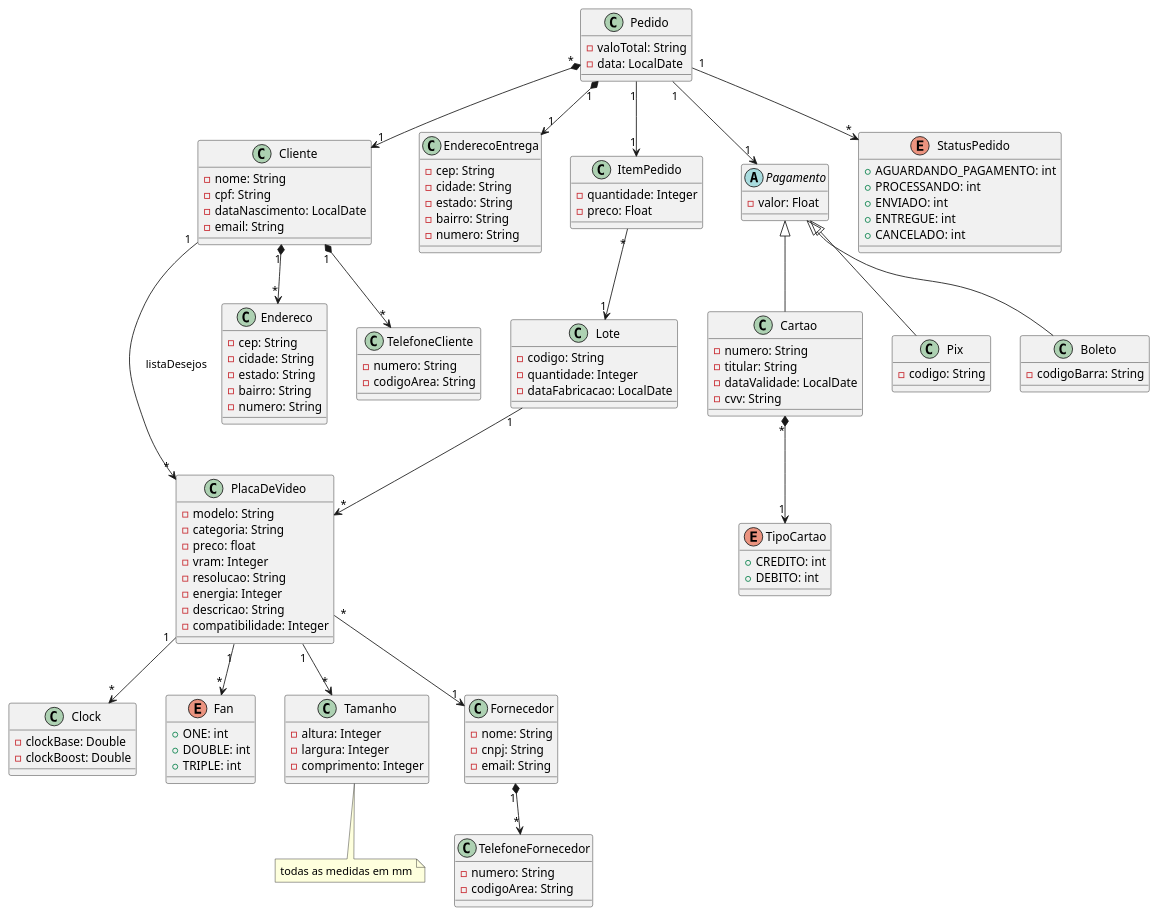
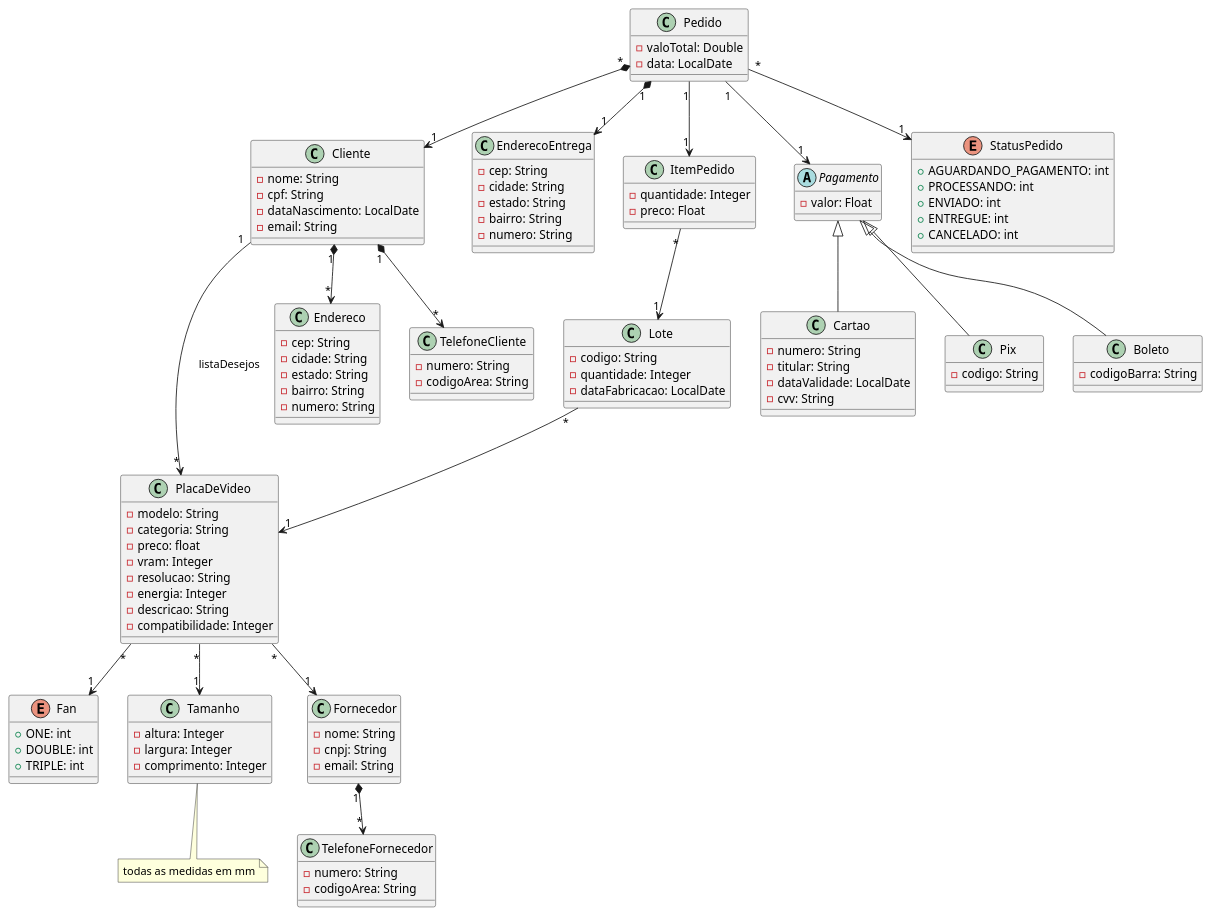
The diagram in placadevideo-tp1-quarkus/src/main/resources/PlacaDeVideo.plantuml (aleksoncastro/placadevideo-tp1-quarkus), drawn with PlantUML before and after one commit. The commit also changed 20 other files, not shown here.

Commit message:
Enuns e Autenticação, Att PlacaDeVideo

```diff
--- a/placadevideo-tp1-quarkus/src/main/resources/PlacaDeVideo.plantuml
+++ b/placadevideo-tp1-quarkus/src/main/resources/PlacaDeVideo.plantuml
@@ -1,148 +1,133 @@
-@startuml
-
 class PlacaDeVideo{
     - modelo: String
     - categoria: String
     - preco: float
     - vram: Integer
     - resolucao: String
     - energia: Integer
     - descricao: String
     - compatibilidade: Integer
-}
-
-class Clock{
-    - clockBase: Double
-    - clockBoost: Double
 }
 
 enum Fan{
     + ONE: int
     + DOUBLE: int 
     + TRIPLE: int
 }
 
 class Tamanho{
     - altura: Integer
     - largura: Integer
     - comprimento: Integer
 }
 
 class Fornecedor{
     - nome: String
     - cnpj: String
     - email: String
 }
 
 class Cliente{
     - nome: String
     - cpf: String
     - dataNascimento: LocalDate
     - email: String 
 }
 
 class Endereco{
     - cep: String
     - cidade: String
     - estado: String
     - bairro: String
     - numero: String
 }
 
 class EnderecoEntrega{
     - cep: String
     - cidade: String
     - estado: String
     - bairro: String
     - numero: String
 }
 
 class Lote {
     - codigo: String
     - quantidade: Integer
     - dataFabricacao: LocalDate
 }
 
 class ItemPedido{
     - quantidade: Integer
     - preco: Float
 }
 
 class Pedido{
-    - valoTotal: String
+    - valoTotal: Double
     - data: LocalDate
 }
 
 class Cartao extends Pagamento {
     - numero: String
     - titular: String
     - dataValidade: LocalDate
     - cvv: String
 }
 
 class Pix extends Pagamento {
     - codigo: String
 }
 
 class Boleto extends Pagamento {
     - codigoBarra: String
-}
-
-enum TipoCartao {
-    + CREDITO: int
-    + DEBITO: int
 }
 
 abstract class Pagamento{
     - valor: Float
 }
 
 enum StatusPedido{
     + AGUARDANDO_PAGAMENTO: int
     + PROCESSANDO: int
     + ENVIADO: int
     + ENTREGUE: int
     + CANCELADO: int 
 }
 
 class TelefoneCliente{
     - numero: String
     - codigoArea: String
 }
 
 class TelefoneFornecedor{
     - numero: String 
     - codigoArea: String
 }
 
 ' RELACIONAMENTOS
 PlacaDeVideo "*" --> "1" Fornecedor
-PlacaDeVideo "1" --> "*" Tamanho
-PlacaDeVideo "1" --> "*" Fan
-PlacaDeVideo "1" --> "*" Clock
+PlacaDeVideo "*" --> "1" Tamanho
+PlacaDeVideo "*" --> "1" Fan
 
-Lote "1" --> "*" PlacaDeVideo 
+Lote "*" --> "1" PlacaDeVideo 
 
 Fornecedor "1" *--> "*" TelefoneFornecedor
 
 ItemPedido "*" --> "1" Lote
 
 Cliente "1" *--> "*" Endereco
 Cliente "1" --> "*" PlacaDeVideo : listaDesejos
 Cliente "1" *--> "*" TelefoneCliente
 
 Pedido "1" --> "1" ItemPedido
 Pedido "1" *--> "1" EnderecoEntrega
 Pedido "*" *--> "1" Cliente
 Pedido "1" --> "1" Pagamento
-Pedido "1" --> "*" StatusPedido
-
-Cartao "*" *--> "1" TipoCartao
+Pedido "*" --> "1" StatusPedido
 
 ' ANOTACOES
 
 note bottom of Tamanho: todas as medidas em mm
 
 
 
 @enduml
```
